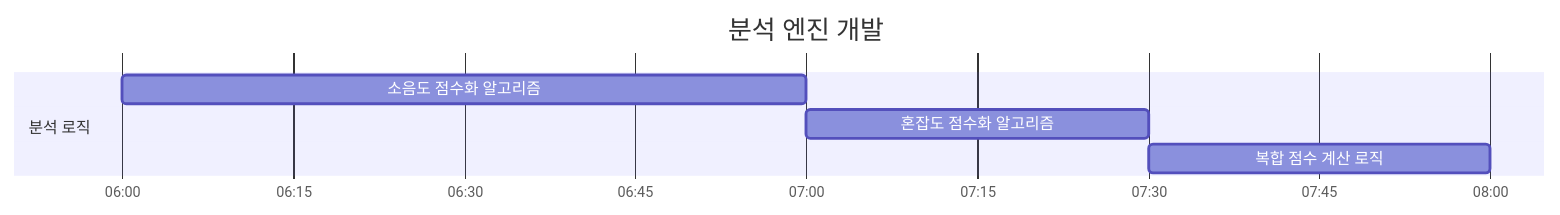
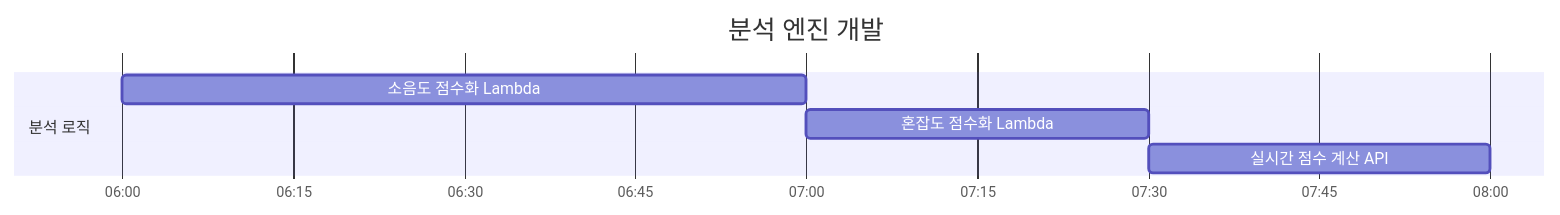
One commit to qurious-aws-hackathon/team22-aws-hackathon changed the fifth of 7 diagrams in backend/README.md. Above: the diagram before and after it, drawn with Mermaid. The commit also changed other lines of this file and 2 other files, not shown here.

````diff
--- a/backend/README.md
+++ b/backend/README.md
@@ -177,11 +240,11 @@
 ```mermaid
 gantt
     title 분석 엔진 개발
     dateFormat HH:mm
     axisFormat %H:%M
     
     section 분석 로직
-    소음도 점수화 알고리즘       :analysis1, 06:00, 07:00
-    혼잡도 점수화 알고리즘       :analysis2, 07:00, 07:30
-    복합 점수 계산 로직         :analysis3, 07:30, 08:00
+    소음도 점수화 Lambda        :analysis1, 06:00, 07:00
+    혼잡도 점수화 Lambda        :analysis2, 07:00, 07:30
+    실시간 점수 계산 API        :analysis3, 07:30, 08:00
 ```
````
